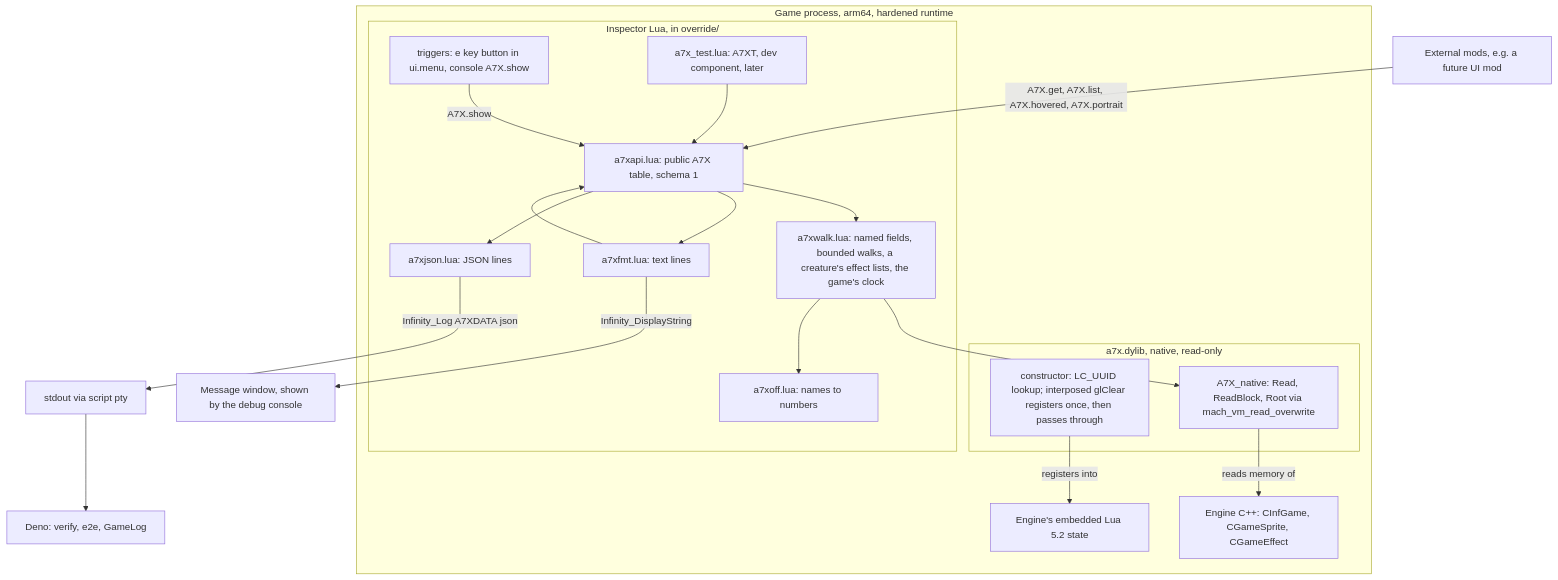
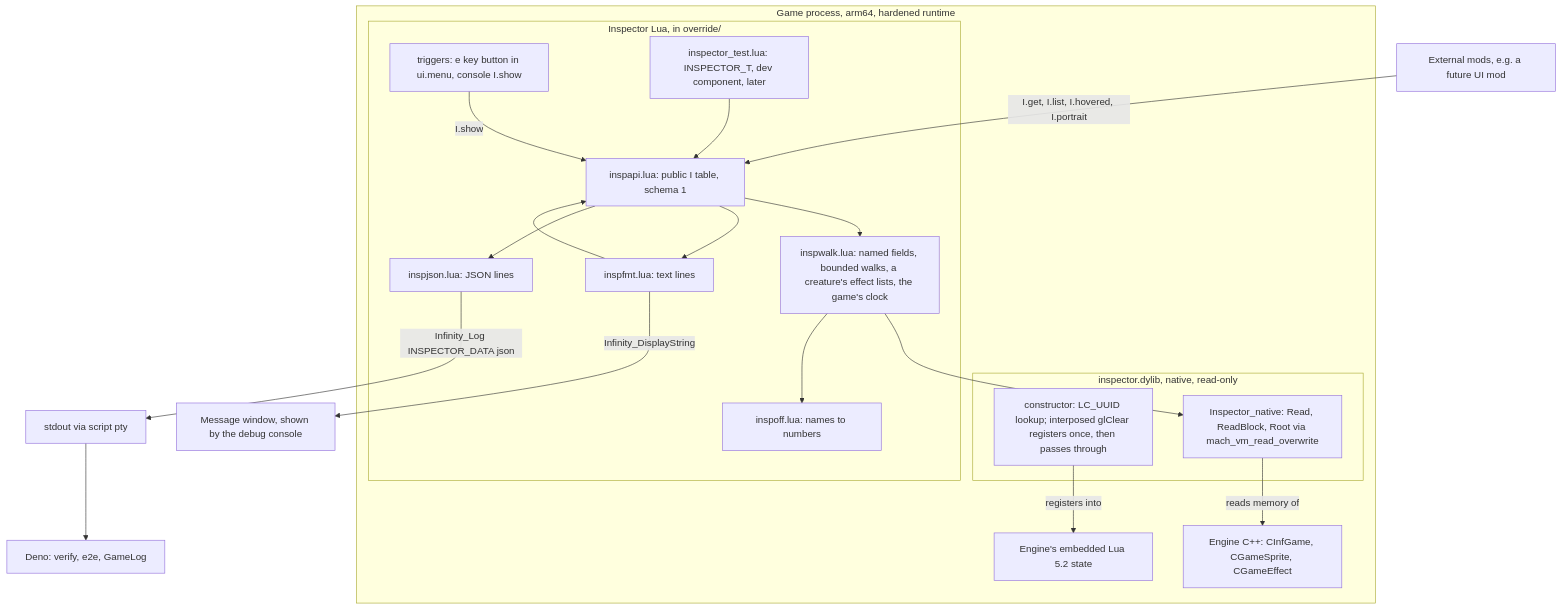
One commit to kabootit/BG2EE-Inspector changed the third of 8 diagrams in docs/architecture.md. Above: the diagram before and after it, drawn with Mermaid. The commit also changed other lines of this file and 104 other files, not shown here.

````diff
--- a/docs/architecture.md
+++ b/docs/architecture.md
@@ -87,34 +87,34 @@
 ```mermaid
 flowchart TD
   subgraph PROC["Game process, arm64, hardened runtime"]
     ENG["Engine C++: CInfGame, CGameSprite, CGameEffect"]
     LUAVM["Engine's embedded Lua 5.2 state"]
-    subgraph NAT["a7x.dylib, native, read-only"]
+    subgraph NAT["inspector.dylib, native, read-only"]
       CT["constructor: LC_UUID lookup; interposed glClear registers once, then passes through"]
-      RD["A7X_native: Read, ReadBlock, Root via mach_vm_read_overwrite"]
+      RD["Inspector_native: Read, ReadBlock, Root via mach_vm_read_overwrite"]
     end
     subgraph LUA["Inspector Lua, in override/"]
-      WK["a7xwalk.lua: named fields, bounded walks, a creature's effect lists, the game's clock"]
-      OF["a7xoff.lua: names to numbers"]
-      API["a7xapi.lua: public A7X table, schema 1"]
-      FM["a7xfmt.lua: text lines"]
-      JS["a7xjson.lua: JSON lines"]
-      TR["triggers: e key button in ui.menu, console A7X.show"]
-      TS["a7x_test.lua: A7XT, dev component, later"]
+      WK["inspwalk.lua: named fields, bounded walks, a creature's effect lists, the game's clock"]
+      OF["inspoff.lua: names to numbers"]
+      API["inspapi.lua: public I table, schema 1"]
+      FM["inspfmt.lua: text lines"]
+      JS["inspjson.lua: JSON lines"]
+      TR["triggers: e key button in ui.menu, console I.show"]
+      TS["inspector_test.lua: INSPECTOR_T, dev component, later"]
     end
   end
   RD -- "reads memory of" --> ENG
   CT -- "registers into" --> LUAVM
   WK --> RD
   WK --> OF
   API --> WK
   FM --> API
-  TR -- "A7X.show" --> API
+  TR -- "I.show" --> API
   API --> FM
   TS --> API
-  EXT["External mods, e.g. a future UI mod"] -- "A7X.get, A7X.list, A7X.hovered, A7X.portrait" --> API
+  EXT["External mods, e.g. a future UI mod"] -- "I.get, I.list, I.hovered, I.portrait" --> API
   FM -- "Infinity_DisplayString" --> MSG["Message window, shown by the debug console"]
   API --> JS
-  JS -- "Infinity_Log A7XDATA json" --> OUT["stdout via script pty"]
+  JS -- "Infinity_Log INSPECTOR_DATA json" --> OUT["stdout via script pty"]
   OUT --> DENO["Deno: verify, e2e, GameLog"]
 ```
````
